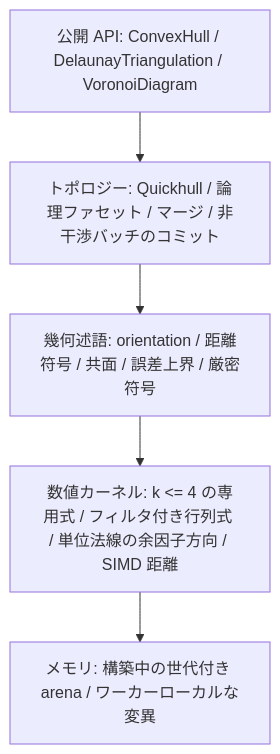
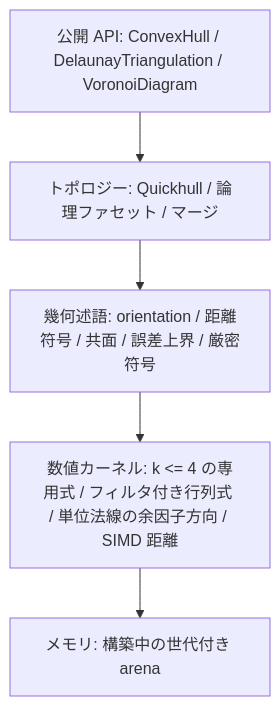
Before and after one commit to YUKIKEDA/convx: the diagram in docs/design.ja.md, drawn with Mermaid. The commit also changed other lines of this file and 5 other files, not shown here.

````diff
--- a/docs/design.ja.md
+++ b/docs/design.ja.md
@@ -43,9 +43,9 @@
 ```mermaid
 flowchart TD
     api["公開 API: ConvexHull / DelaunayTriangulation / VoronoiDiagram"]
-    topo["トポロジー: Quickhull / 論理ファセット / マージ / 非干渉バッチのコミット"]
+    topo["トポロジー: Quickhull / 論理ファセット / マージ"]
     pred["幾何述語: orientation / 距離符号 / 共面 / 誤差上界 / 厳密符号"]
     num["数値カーネル: k <= 4 の専用式 / フィルタ付き行列式 / 単位法線の余因子方向 / SIMD 距離"]
-    mem["メモリ: 構築中の世代付き arena / ワーカーローカルな変異"]
+    mem["メモリ: 構築中の世代付き arena"]
     api --> topo --> pred --> num --> mem
 ```
````
